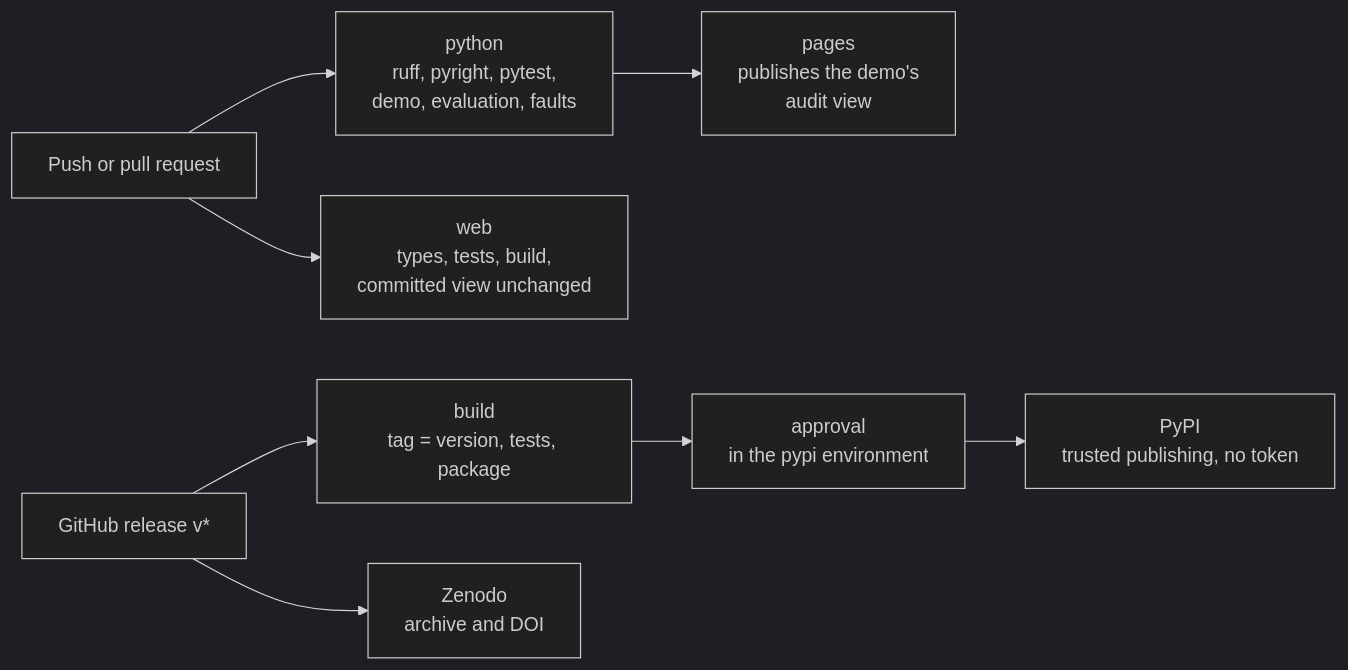
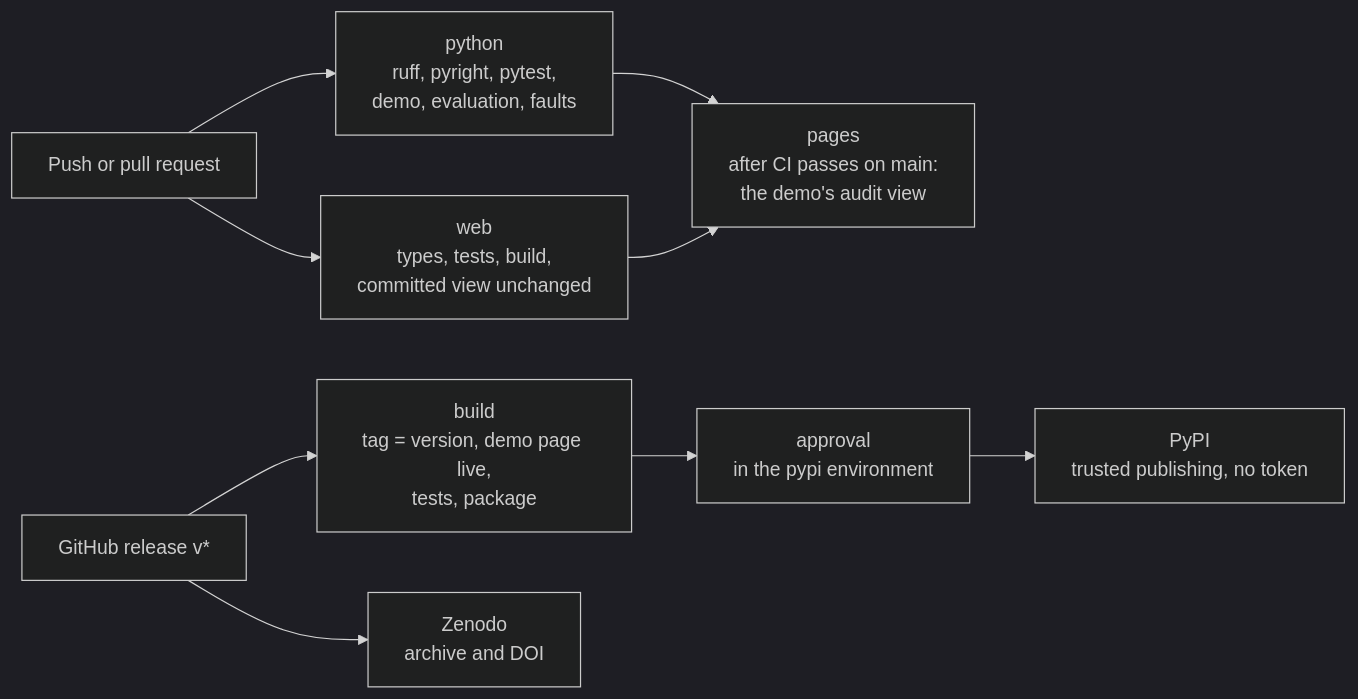
Before and after one commit to PedroMarkovicz/tekmeria: the fifth of 5 diagrams in README.md, drawn with Mermaid (dark theme). The commit also changed other lines of this file and 6 other files, not shown here.

Commit message:
docs: scope the README's claims, pin its summary numbers to the evaluation, and make a release wait for the demo page

````diff
--- a/README.md
+++ b/README.md
@@ -309,10 +312,11 @@
 ```mermaid
 flowchart LR
     P["Push or pull request"] --> PY["python<br/>ruff, pyright, pytest,<br/>demo, evaluation, faults"]
     P --> WE["web<br/>types, tests, build,<br/>committed view unchanged"]
-    PY --> PG["pages<br/>publishes the demo's<br/>audit view"]
-    R["GitHub release v*"] --> B["build<br/>tag = version, tests, package"]
+    PY --> PG["pages<br/>after CI passes on main:<br/>the demo's audit view"]
+    WE --> PG
+    R["GitHub release v*"] --> B["build<br/>tag = version, demo page live,<br/>tests, package"]
     B --> AP["approval<br/>in the pypi environment"]
     AP --> PI["PyPI<br/>trusted publishing, no token"]
     R --> Z["Zenodo<br/>archive and DOI"]
 ```
````
